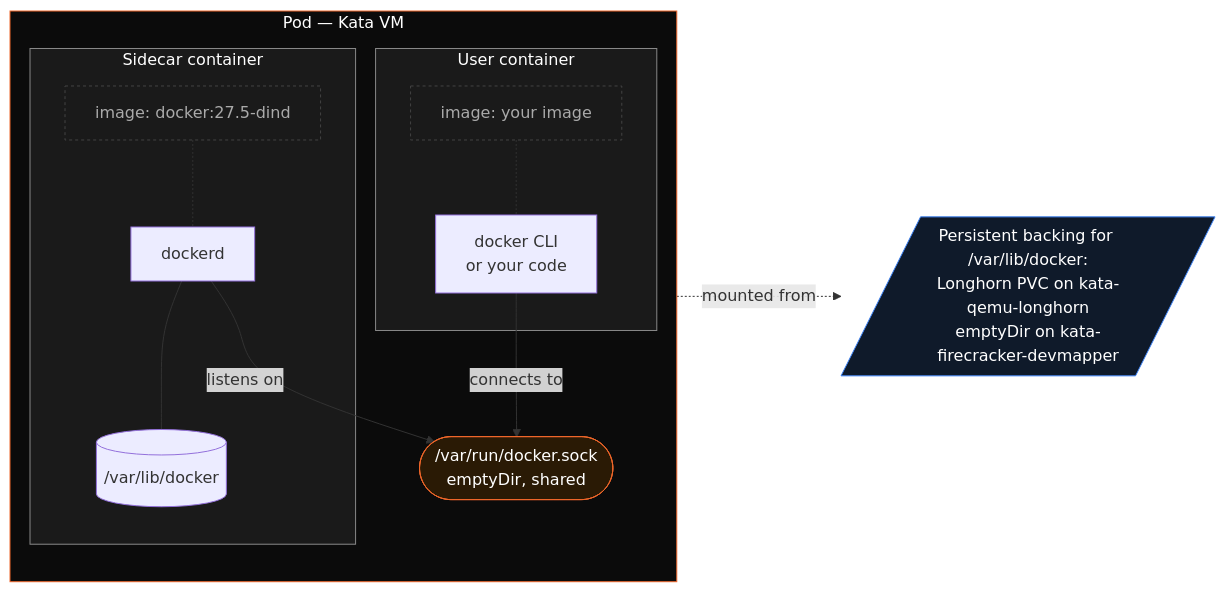
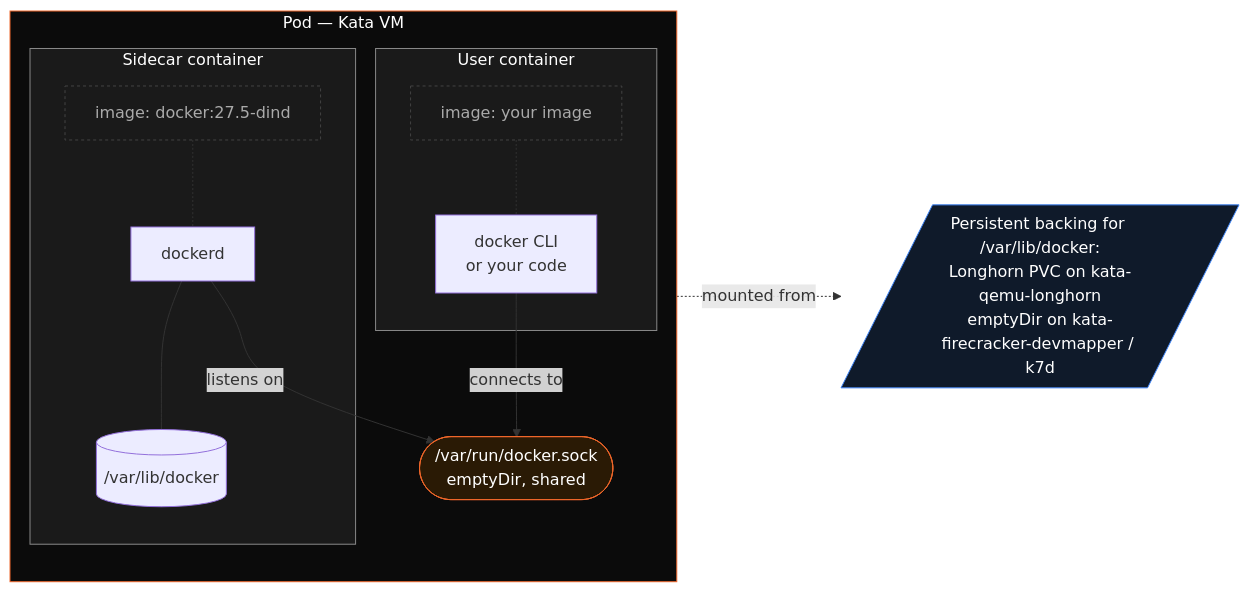
The diagram in k7/guides/sidecars.mdx (Katakate/docs), drawn with Mermaid before and after one commit. The commit also changed other lines of this file and 9 other files, not shown here.

````diff
--- a/k7/guides/sidecars.mdx
+++ b/k7/guides/sidecars.mdx
@@ -16,39 +16,39 @@
 ```mermaid
 flowchart LR
     subgraph Pod["Pod — Kata VM"]
         direction TB
 
         subgraph Sidecar["Sidecar container"]
             SidecarImg["image: docker:27.5-dind"]
             DockerD["dockerd"]
             DataDir[("/var/lib/docker")]
             SidecarImg -.- DockerD
             DockerD --- DataDir
         end
 
         Socket(["/var/run/docker.sock<br/>emptyDir, shared"])
 
         subgraph User["User container"]
             UserImg["image: your image"]
             CLI["docker CLI<br/>or your code"]
             UserImg -.- CLI
         end
 
         DockerD -- listens on --> Socket
         CLI -- connects to --> Socket
     end
 
-    Storage[/"Persistent backing for /var/lib/docker:<br/>Longhorn PVC on kata-qemu-longhorn<br/>emptyDir on kata-firecracker-devmapper"/]
+    Storage[/"Persistent backing for /var/lib/docker:<br/>Longhorn PVC on kata-qemu-longhorn<br/>emptyDir on kata-firecracker-devmapper / k7d"/]
     DataDir -. mounted from .-> Storage
 
     classDef vm fill:#0b0b0b,stroke:#ef672b,stroke-width:1px,color:#fff;
     classDef cnt fill:#1a1a1a,stroke:#888,color:#fff;
     classDef sock fill:#2a1a05,stroke:#ef672b,color:#fff;
     classDef ext fill:#0f1a2a,stroke:#3b82f6,color:#fff;
     classDef meta fill:transparent,stroke:#444,color:#aaa,stroke-dasharray: 3 3;
     class Pod vm;
     class Sidecar,User cnt;
     class Socket sock;
     class Storage ext;
     class SidecarImg,UserImg meta;
 ```
````
